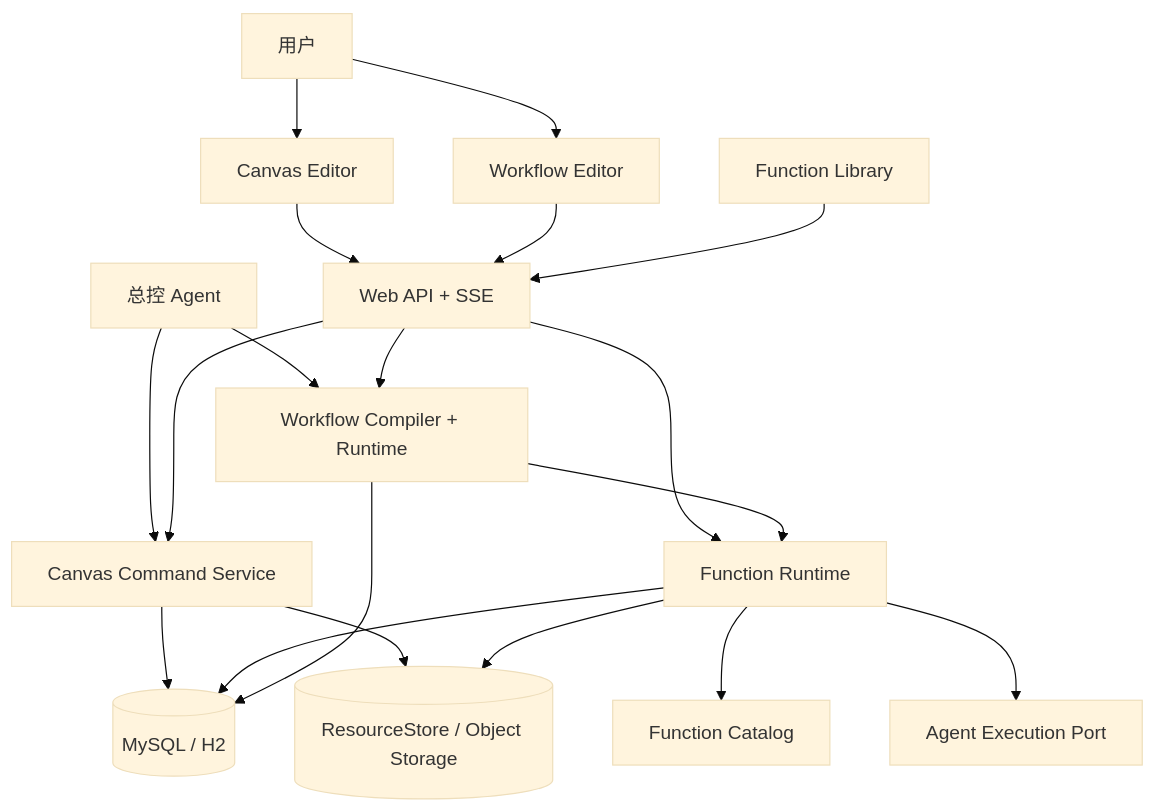
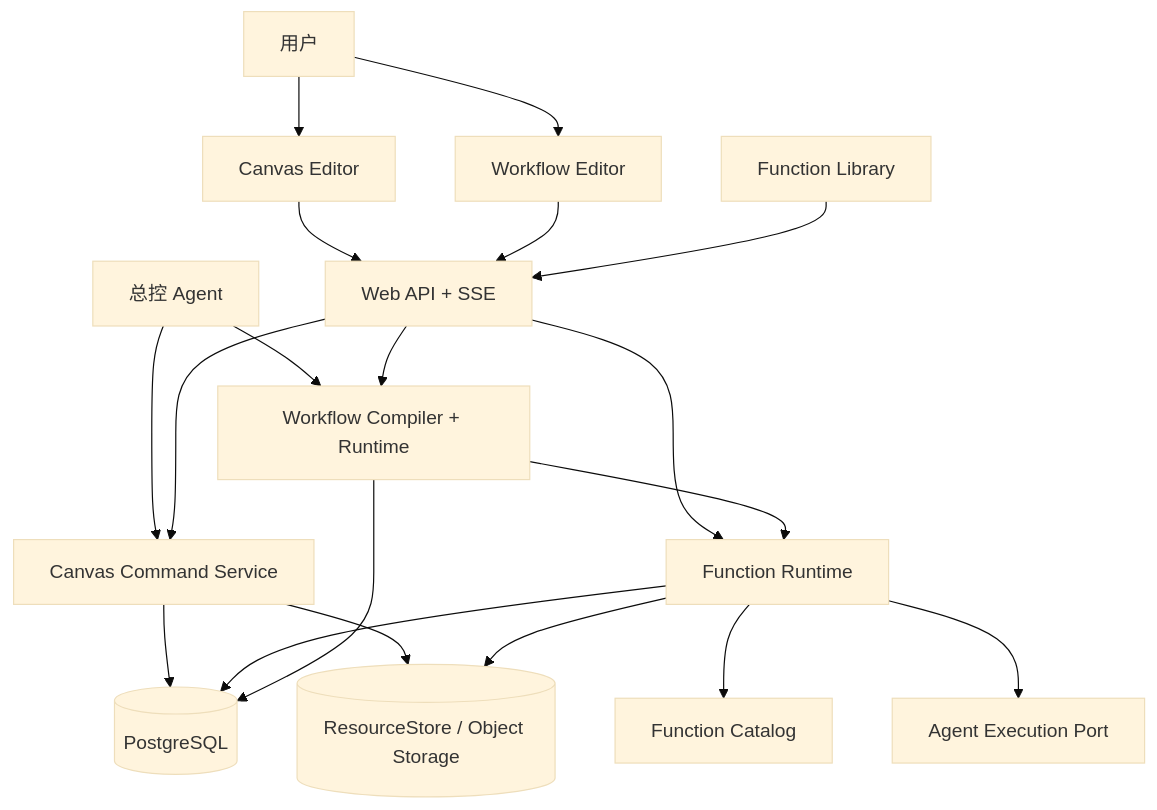
Before and after one commit to fengwk/kk-studio: the first of 3 diagrams in docs/technical-solution/infinite-canvas-implementation-design.md, drawn with Mermaid (base theme). The commit also changed other lines of this file and 27 other files, not shown here.

Commit message:
docs(harness): align architecture and rebuild workflow

````diff
--- a/docs/technical-solution/infinite-canvas-implementation-design.md
+++ b/docs/technical-solution/infinite-canvas-implementation-design.md
@@ -108,35 +108,35 @@
 ```mermaid
 flowchart TD
     User[用户]
     Controller[总控 Agent]
     CanvasUI[Canvas Editor]
     WorkflowUI[Workflow Editor]
     FunctionUI[Function Library]
     Web[Web API + SSE]
     CanvasService[Canvas Command Service]
     FunctionService[Function Runtime]
     WorkflowService[Workflow Compiler + Runtime]
     AgentPort[Agent Execution Port]
     Catalog[Function Catalog]
-    Store[(MySQL / H2)]
+    Store[(PostgreSQL)]
     Payload[(ResourceStore / Object Storage)]
 
     User --> CanvasUI
     User --> WorkflowUI
     Controller --> CanvasService
     Controller --> WorkflowService
     CanvasUI --> Web
     WorkflowUI --> Web
     FunctionUI --> Web
     Web --> CanvasService
     Web --> FunctionService
     Web --> WorkflowService
     CanvasService --> Store
     CanvasService --> Payload
     FunctionService --> Catalog
     FunctionService --> Store
     FunctionService --> Payload
     FunctionService --> AgentPort
     WorkflowService --> FunctionService
     WorkflowService --> Store
 ```
````
